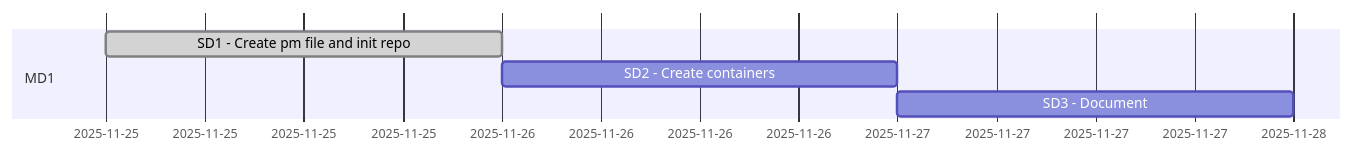
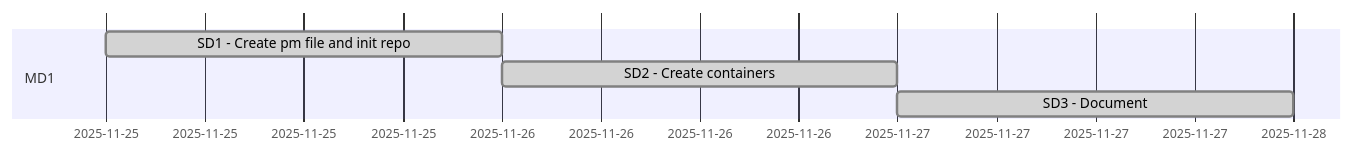
The diagram in DECK.md (hoss-java/containers), drawn with Mermaid before and after one commit. The commit also changed other lines of this file, not shown here.

````diff
--- a/DECK.md
+++ b/DECK.md
@@ -26,8 +26,8 @@
 ```mermaid
 gantt
     section MD1
     SD1 - Create pm file and init repo                 :done,md1des1, 2025-11-25,1d
-    SD2 - Create containers              :md1des2, after md1des1,1d
-    SD3 - Document          :md1des3, after md1des2,1d
+    SD2 - Create containers              :done,md1des2, after md1des1,1d
+    SD3 - Document          :done,md1des3, after md1des2,1d
 
 ```
````
